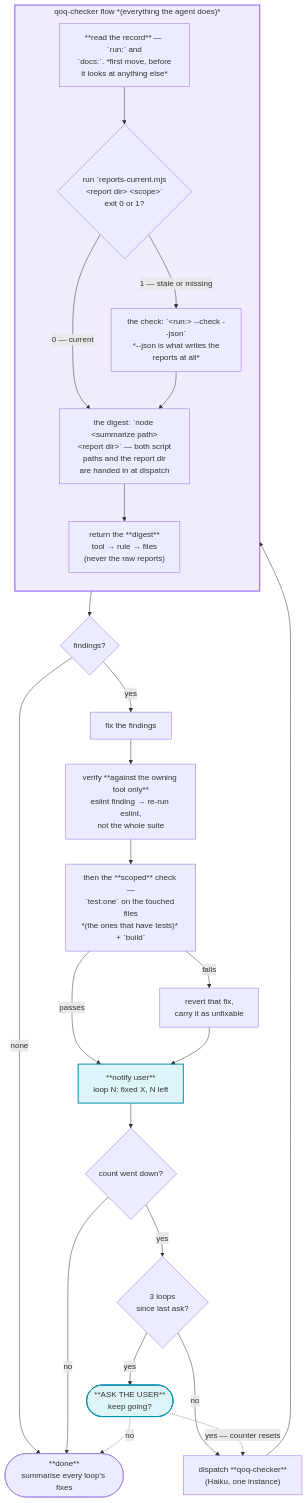
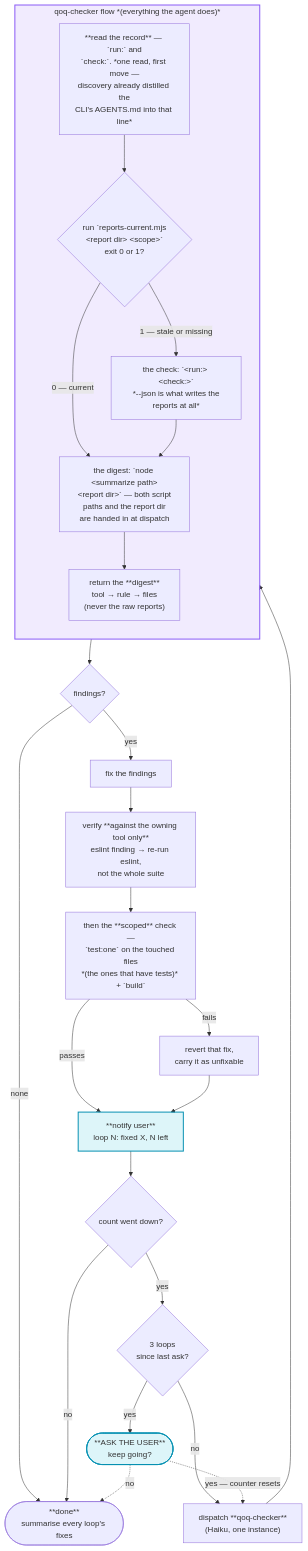
The second of 9 diagrams in docs/qoq-workflows.md (ladamczyk-it/qoq), drawn with Mermaid before and after one commit. The commit also changed other lines of this file and 7 other files, not shown here.

````diff
--- a/docs/qoq-workflows.md
+++ b/docs/qoq-workflows.md
@@ -111,38 +112,38 @@
 ```mermaid
 flowchart TD
     CHK["dispatch **qoq-checker**<br/>(Haiku, one instance)"]
 
     subgraph CHECKER["qoq-checker flow *(everything the agent does)*"]
         direction TB
-        C0["**read the record** — `run:` and<br/>`docs:`. *first move, before<br/>it looks at anything else*"]
+        C0["**read the record** — `run:` and<br/>`check:`. *one read, first move —<br/>discovery already distilled the<br/>CLI's AGENTS.md into that line*"]
         C0 --> S{"run `reports-current.mjs<br/>&lt;report dir&gt; &lt;scope&gt;`<br/>exit 0 or 1?"}
-        S -->|"1 — stale or missing"| RUN["the check: `&lt;run:&gt; --check --json`<br/>*--json is what writes the<br/>reports at all*"]
+        S -->|"1 — stale or missing"| RUN["the check: `&lt;run:&gt; &lt;check:&gt;`<br/>*--json is what writes the<br/>reports at all*"]
         S -->|"0 — current"| DIG
         RUN --> DIG["the digest: `node &lt;summarize path&gt;<br/>&lt;report dir&gt;` — both script<br/>paths and the report dir<br/>are handed in at dispatch"]
         DIG --> SUM["return the **digest**<br/>tool → rule → files<br/>(never the raw reports)"]
     end
 
     CHK --> C0
     SUM --> ANY{"findings?"}
     ANY -->|none| OUT(["**done**<br/>summarise every loop's fixes"])
     ANY -->|yes| FIX["fix the findings"]
 
     FIX --> VERT["verify **against the owning tool only**<br/>eslint finding → re-run eslint,<br/>not the whole suite"]
     VERT --> VT["then the **scoped** check —<br/>`test:one` on the touched files<br/>*(the ones that have tests)* + `build`"]
     VT -->|fails| VREV["revert that fix,<br/>carry it as unfixable"]
     VT -->|passes| PROG
     VREV --> PROG["**notify user**<br/>loop N: fixed X, N left"]
     PROG --> STUCK{"count went down?"}
     STUCK -->|no| OUT
     STUCK -->|yes| BUDGET{"3 loops<br/>since last ask?"}
     BUDGET -->|no| CHK
     BUDGET -->|yes| PERM(["**ASK THE USER**<br/>keep going?"])
     PERM -.->|"yes — counter resets"| CHK
     PERM -.->|no| OUT
 
     classDef agent fill:#8b5cf61f,stroke:#8b5cf6,stroke-width:2px
     classDef user fill:#06b6d422,stroke:#0891b2,stroke-width:2px
 
     class CHECKER agent
     class PERM,PROG user
 ```
````
